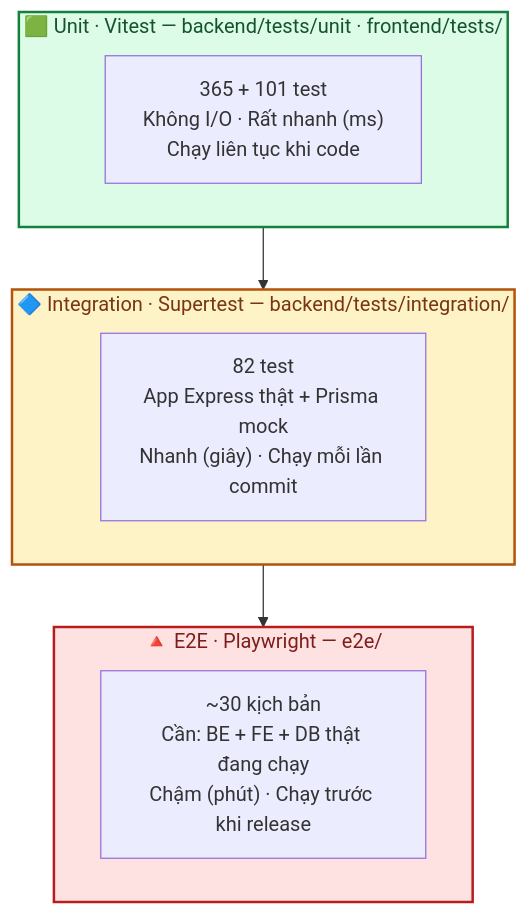
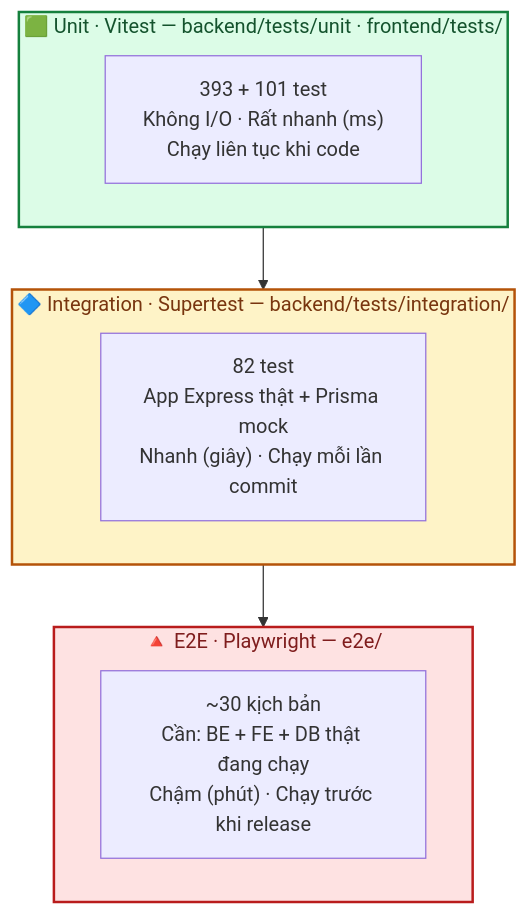
The first of 3 diagrams in docs/08-kiem-thu.md (Hungvu0712/FLOWER), drawn with Mermaid before and after one commit. The commit also changed other lines of this file and 40 other files, not shown here.

````diff
--- a/docs/08-kiem-thu.md
+++ b/docs/08-kiem-thu.md
@@ -12,18 +12,18 @@
 ```mermaid
 flowchart TD
     subgraph E2E["🔺 E2E · Playwright — e2e/"]
         E["~30 kịch bản<br/>Cần: BE + FE + DB thật đang chạy<br/>Chậm (phút) · Chạy trước khi release"]
     end
     subgraph INT["🔷 Integration · Supertest — backend/tests/integration/"]
         I["82 test<br/>App Express thật + Prisma mock<br/>Nhanh (giây) · Chạy mỗi lần commit"]
     end
     subgraph UNIT["🟩 Unit · Vitest — backend/tests/unit · frontend/tests/"]
-        U["365 + 101 test<br/>Không I/O · Rất nhanh (ms)<br/>Chạy liên tục khi code"]
+        U["393 + 101 test<br/>Không I/O · Rất nhanh (ms)<br/>Chạy liên tục khi code"]
     end
 
     UNIT --> INT --> E2E
 
     style E2E fill:#fee2e2,stroke:#b91c1c,stroke-width:2px,color:#7f1d1d
     style INT fill:#fef3c7,stroke:#b45309,stroke-width:2px,color:#78350f
     style UNIT fill:#dcfce7,stroke:#15803d,stroke-width:2px,color:#14532d
 ```
````
